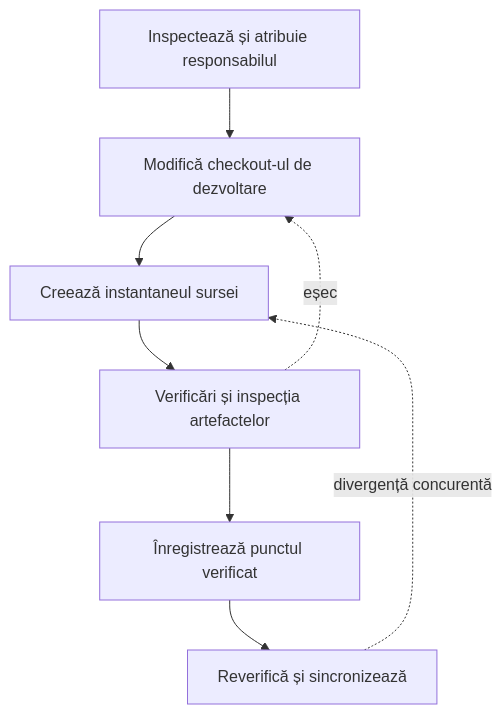
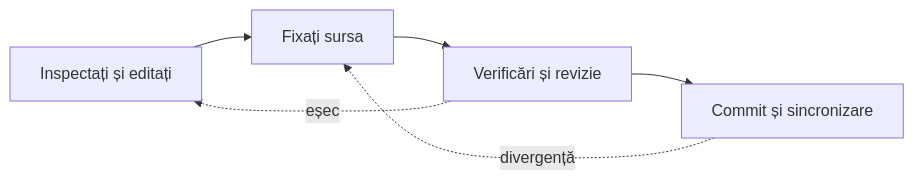
The diagram in docs/Development.md (crististefanita/ATF_AI), drawn with Mermaid before and after one commit. The commit also changed other lines of this file and 111 other files, not shown here.

````diff
--- a/docs/Development.md
+++ b/docs/Development.md
@@ -45,10 +45,8 @@
 ```mermaid
-flowchart TB
-    Inspect["Inspectează și atribuie responsabilul"] --> Edit["Modifică checkout-ul de dezvoltare"]
-    Edit --> Stage["Creează instantaneul sursei"]
-    Stage --> Validate["Verificări și inspecția artefactelor"]
-    Validate --> Commit["Înregistrează punctul verificat"]
-    Commit --> Sync["Reverifică și sincronizează"]
-    Validate -. eșec .-> Edit
-    Sync -. divergență concurentă .-> Stage
+flowchart LR
+    Edit["Inspectați și editați"] --> Stage["Fixați sursa"]
+    Stage --> Verify["Verificări și revizie"]
+    Verify --> Sync["Commit și sincronizare"]
+    Verify -. eșec .-> Edit
+    Sync -. divergență .-> Stage
 ```
````
